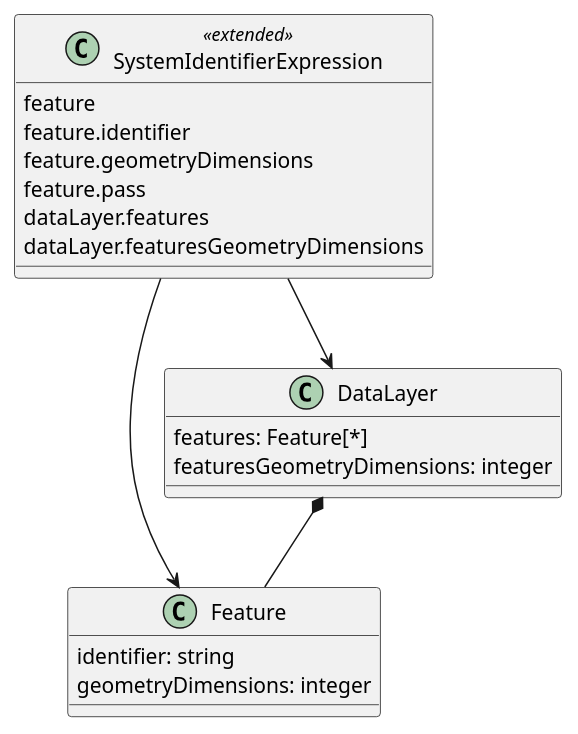
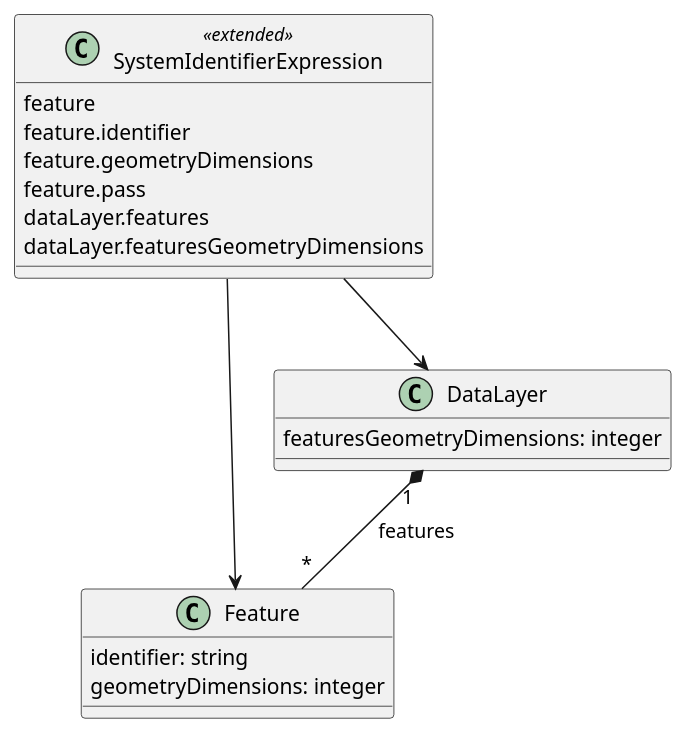
One commit to opengeospatial/cartographic-symbology changed the second of 10 diagrams in 1-core/sections/clause_8_vector.adoc. Above: the diagram before and after it, drawn with PlantUML. The commit also changed other lines of this file and 2 other files, not shown here.

Commit message:
Vector, coverage and labeling UML: show the listed properties as associations only

```diff
--- a/1-core/sections/clause_8_vector.adoc
+++ b/1-core/sections/clause_8_vector.adoc
@@ -48,21 +45,20 @@
 [plantuml, target=diagram-classes, format=png]
 ....
 @startuml
 class SystemIdentifierExpression <<extended>>
 SystemIdentifierExpression : feature
 SystemIdentifierExpression : feature.identifier
 SystemIdentifierExpression : feature.geometryDimensions
 SystemIdentifierExpression : feature.pass
 SystemIdentifierExpression : dataLayer.features
 SystemIdentifierExpression : dataLayer.featuresGeometryDimensions
 SystemIdentifierExpression --> Feature
 SystemIdentifierExpression --> DataLayer
 
 Feature : identifier: string
 Feature : geometryDimensions: integer
 
-DataLayer : features: Feature[*]
 DataLayer : featuresGeometryDimensions: integer
-DataLayer *-- Feature
+DataLayer "1" *-- "*" Feature : features
 @enduml
 ....
```
